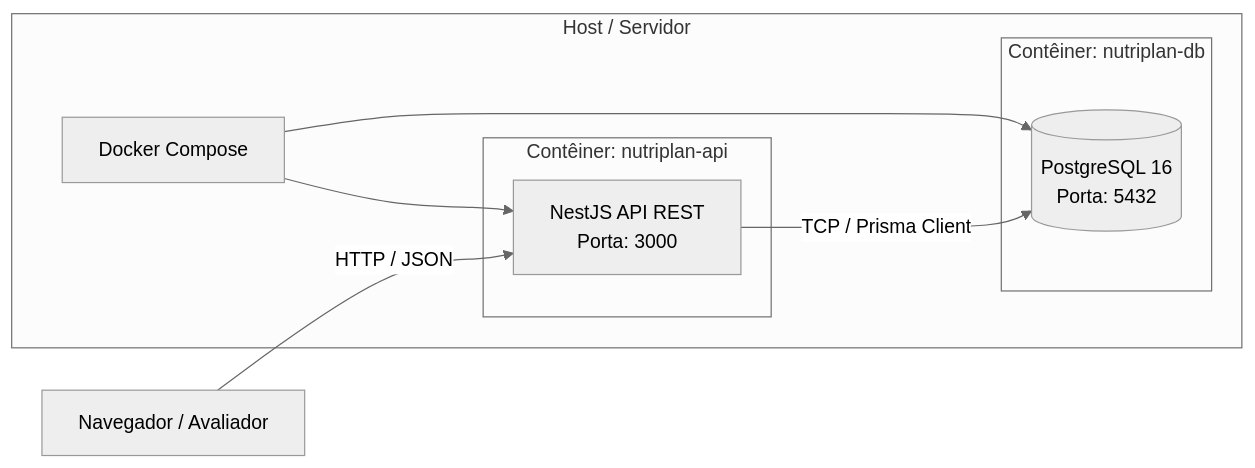
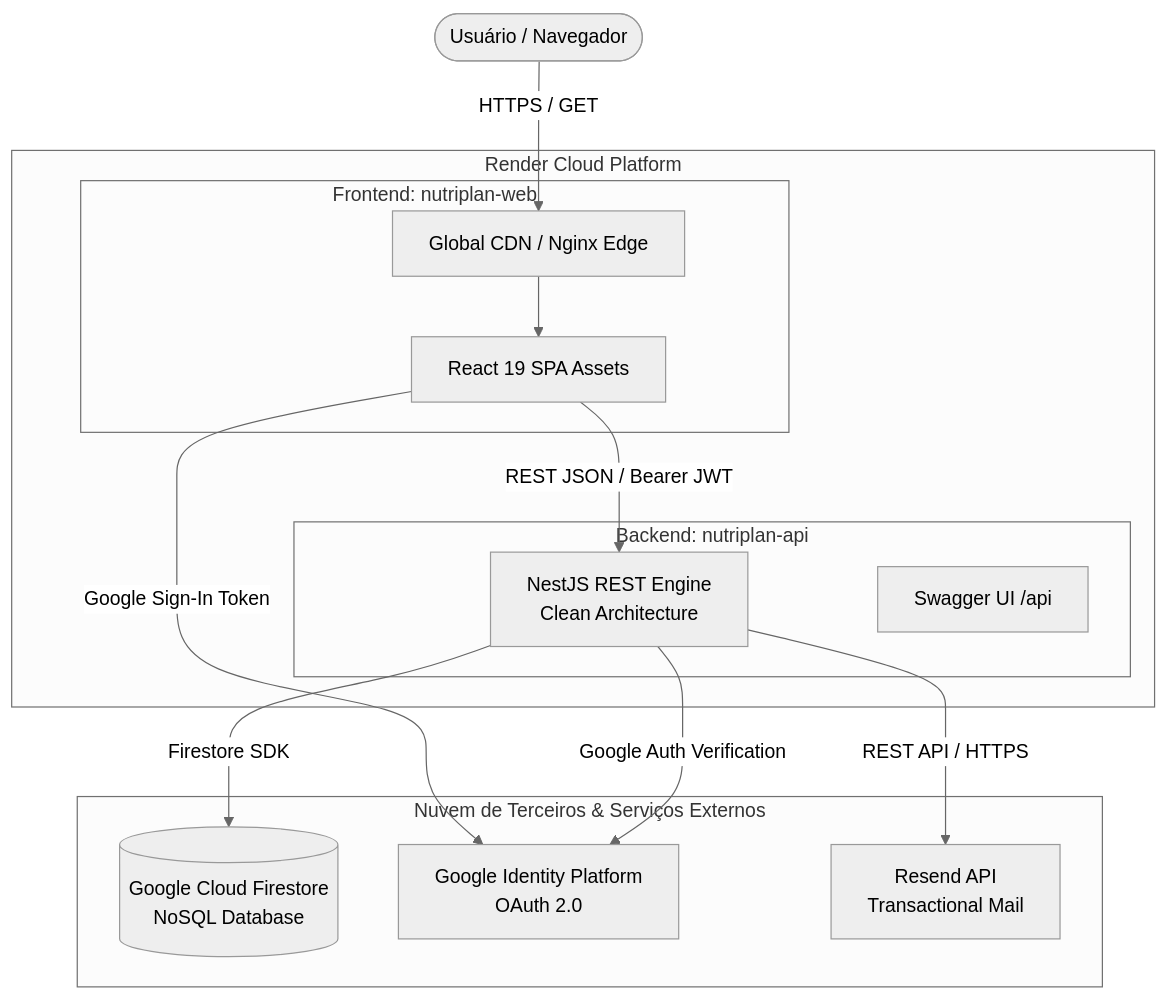
One commit to gustavoruegenberg1-hash/nutriplan changed the diagram in docs/fase-5-implantacao-encerramento.md. Above: the diagram before and after it, drawn with Mermaid (neutral theme). The commit also changed other lines of this file and 11 other files, not shown here.

````diff
--- a/docs/fase-5-implantacao-encerramento.md
+++ b/docs/fase-5-implantacao-encerramento.md
@@ -15,16 +29,28 @@
 ```mermaid
-graph LR
-    subgraph Host / Servidor
-        DC[Docker Compose]
-        subgraph Contêiner: nutriplan-db
-            PG[(PostgreSQL 16\nPorta: 5432)]
+graph TD
+    subgraph Render Cloud Platform
+        subgraph Frontend: nutriplan-web
+            CDN[Global CDN / Nginx Edge]
+            SPA[React 19 SPA Assets]
+            CDN --> SPA
         end
-        subgraph Contêiner: nutriplan-api
-            API[NestJS API REST\nPorta: 3000]
+
+        subgraph Backend: nutriplan-api
+            API[NestJS REST Engine\nClean Architecture]
+            SWAGGER[Swagger UI /api]
         end
-        DC --> PG
-        DC --> API
-        API -->|TCP / Prisma Client| PG
     end
-    Client[Navegador / Avaliador] -->|HTTP / JSON| API
+
+    subgraph Nuvem de Terceiros & Serviços Externos
+        FS[(Google Cloud Firestore\nNoSQL Database)]
+        GOOG[Google Identity Platform\nOAuth 2.0]
+        RES[Resend API\nTransactional Mail]
+    end
+
+    User([Usuário / Navegador]) -->|HTTPS / GET| CDN
+    SPA -->|REST JSON / Bearer JWT| API
+    API -->|Firestore SDK| FS
+    SPA -->|Google Sign-In Token| GOOG
+    API -->|Google Auth Verification| GOOG
+    API -->|REST API / HTTPS| RES
 ```
````
